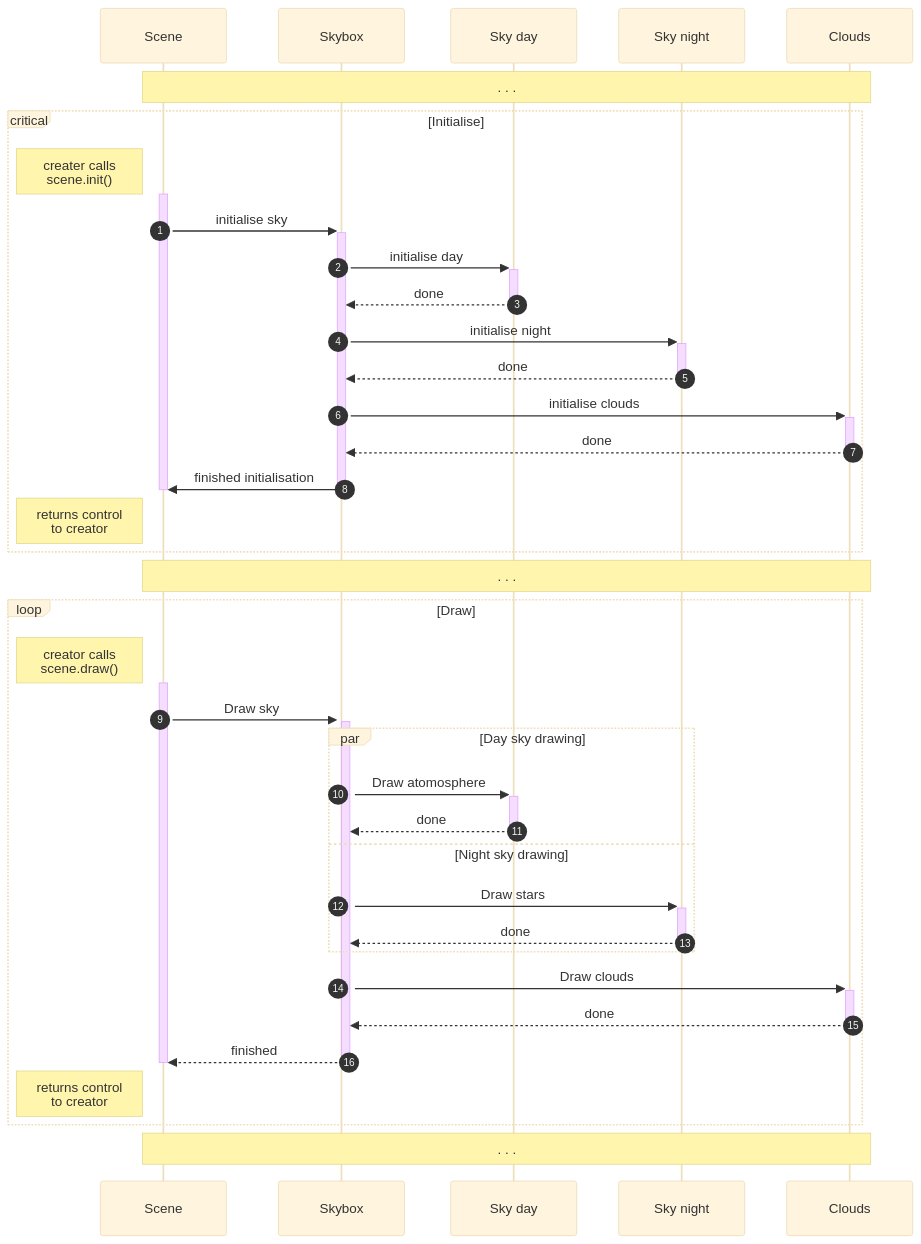
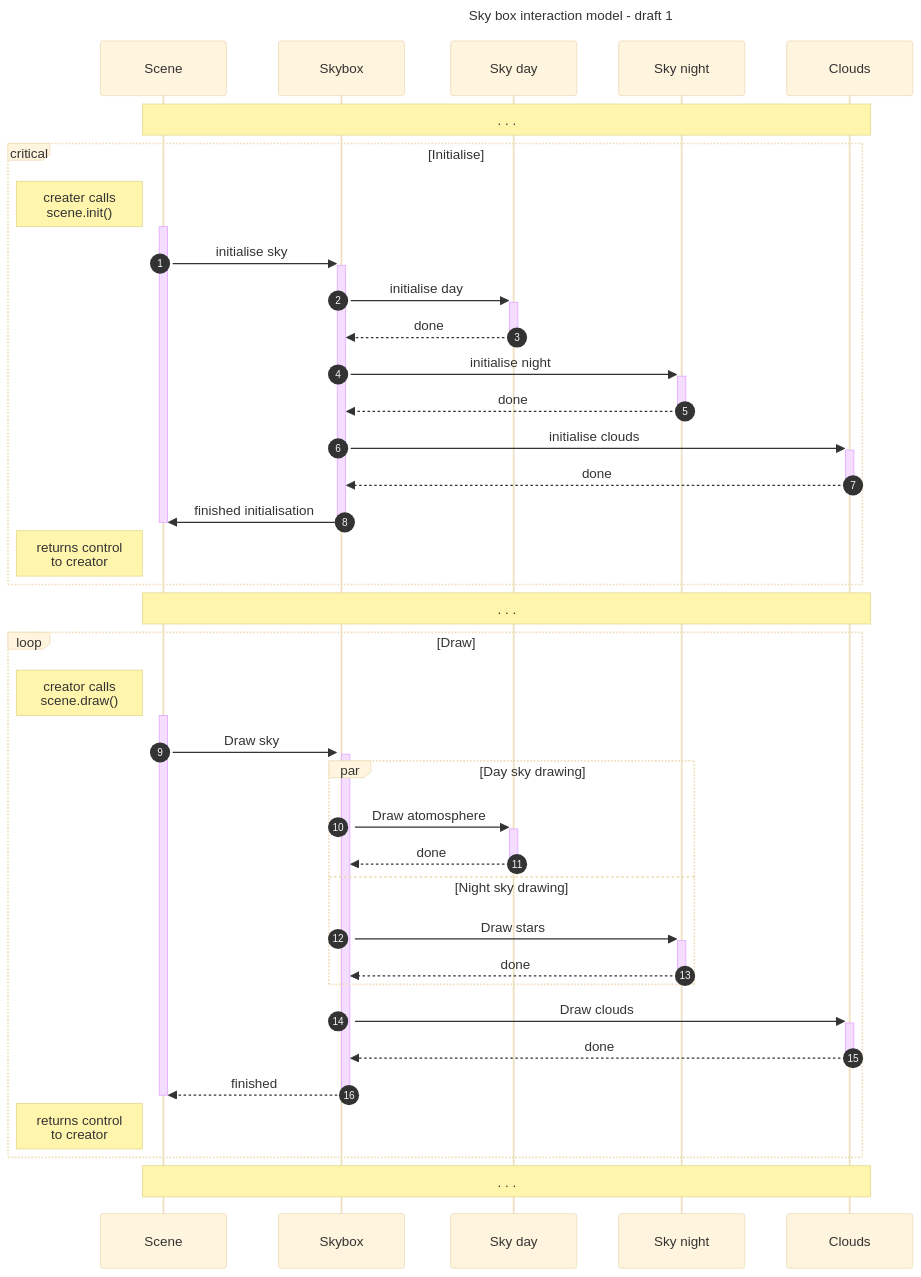
One commit to corbeau217/cpp_opengl_vehicles changed the fourth of 11 diagrams in docs/docs_01_conceptual.md. Above: the diagram before and after it, drawn with Mermaid (base theme). The commit also changed other lines of this file and 1 other file, not shown here.

````diff
--- a/docs/docs_01_conceptual.md
+++ b/docs/docs_01_conceptual.md
@@ -814,51 +814,54 @@
 ```mermaid
+---
+title: Sky box interaction model - draft 1
+---
 sequenceDiagram
     autonumber
     %% -------------------------------------------------
     participant SCENE as Scene
     participant SKYBOX as Skybox
     participant SKYDAY as Sky day
     participant SKYNIGHT as Sky night
     participant CLOUDS as Clouds
     %% -------------------------------------------------
     note over SCENE,CLOUDS: . . . 
     %% -------------------------------------------------
     critical Initialise
     note left of SCENE: creater calls<br>scene.init()
     activate SCENE
     SCENE ->>+ SKYBOX: initialise sky
     SKYBOX ->>+ SKYDAY: initialise day
     SKYDAY -->>- SKYBOX: done
     SKYBOX ->>+ SKYNIGHT: initialise night
     SKYNIGHT -->>- SKYBOX: done
     SKYBOX ->>+ CLOUDS: initialise clouds
     CLOUDS -->>- SKYBOX: done
     SKYBOX ->>- SCENE: finished initialisation
     deactivate SCENE
     note left of SCENE: returns control<br>to creator
     end
     %% -------------------------------------------------
     note over SCENE,CLOUDS: . . . 
     %% -------------------------------------------------
     loop Draw
     note left of SCENE: creator calls<br>scene.draw()
     activate SCENE
     SCENE ->>+ SKYBOX: Draw sky
     activate SKYBOX
     par Day sky drawing
     SKYBOX ->>+ SKYDAY: Draw atomosphere
     SKYDAY -->>- SKYBOX: done
     and Night sky drawing
     SKYBOX ->>+ SKYNIGHT: Draw stars
     SKYNIGHT -->>- SKYBOX: done
     end
     SKYBOX ->>+ CLOUDS: Draw clouds
     CLOUDS -->>- SKYBOX: done
     SKYBOX -->>- SCENE: finished
     deactivate SCENE
     note left of SCENE: returns control<br>to creator
     end
     %% -------------------------------------------------
     note over SCENE,CLOUDS: . . . 
     %% -------------------------------------------------
 ```
````
